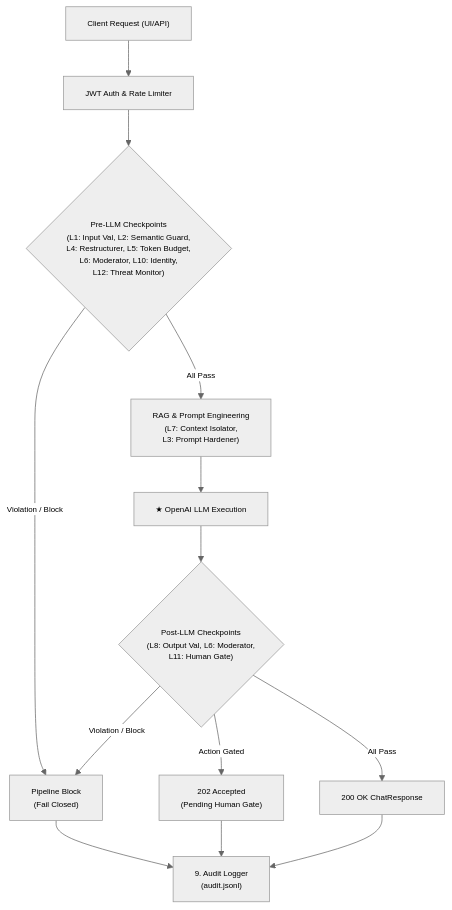
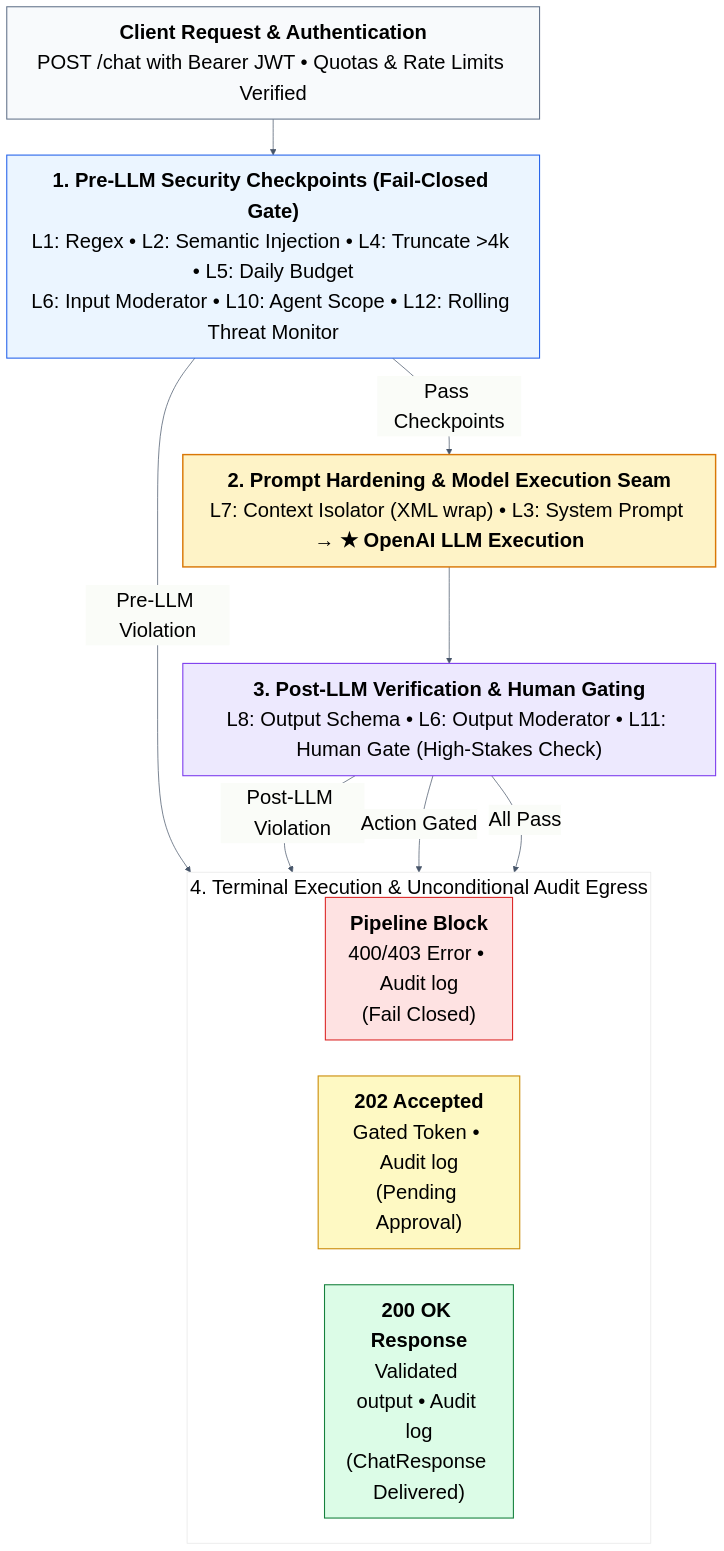
Before and after one commit to the-write-path-code/ch14-enterprise-ai-assistant: the first of 8 diagrams in workflow/workflow.md, drawn with Mermaid. The commit also changed other lines of this file, not shown here.

Commit message:
Update Figures 14.1, 14.2, and 14.3 to IEEE production mermaid standards

````diff
--- a/workflow/workflow.md
+++ b/workflow/workflow.md
@@ -16,20 +16,42 @@
 ```mermaid
-%%{init: {"theme": "neutral", "themeVariables": {"fontFamily": "Arial, Helvetica, sans-serif", "fontSize": "11px", "actorFontSize": "11px", "noteFontSize": "10px", "messageFontSize": "10px"}}}%%
-graph TD
-    Client["Client Request (UI/API)"] --> Auth["JWT Auth & Rate Limiter"]
-    
-    Auth --> PreLLM{"Pre-LLM Checkpoints<br/>(L1: Input Val, L2: Semantic Guard,<br/>L4: Restructurer, L5: Token Budget,<br/>L6: Moderator, L10: Identity,<br/>L12: Threat Monitor)"}
-    PreLLM -->|Violation / Block| Block["Pipeline Block<br/>(Fail Closed)"]
-    PreLLM -->|All Pass| RAG["RAG & Prompt Engineering<br/>(L7: Context Isolator,<br/>L3: Prompt Hardener)"]
-    
-    RAG --> LLM["★ OpenAI LLM Execution"]
-    
-    LLM --> PostLLM{"Post-LLM Checkpoints<br/>(L8: Output Val, L6: Moderator,<br/>L11: Human Gate)"}
-    PostLLM -->|Violation / Block| Block
-    PostLLM -->|Action Gated| Pending["202 Accepted<br/>(Pending Human Gate)"]
-    PostLLM -->|All Pass| Success["200 OK ChatResponse"]
-    
-    Block --> Audit["9. Audit Logger<br/>(audit.jsonl)"]
-    Pending --> Audit
-    Success --> Audit
+%%{init: {"theme": "base", "themeVariables": {"fontFamily": "Arial, Helvetica, sans-serif", "fontSize": "28px", "primaryColor": "#F8FAFC", "primaryBorderColor": "#0284C7", "primaryTextColor": "#000000", "lineColor": "#475569"}}}%%
+flowchart TD
+    Ingress["<div style='min-width: 680px;'><b>Client Request &amp; Authentication</b><br/>POST /chat with Bearer JWT &bull; Quotas &amp; Rate Limits Verified</div>"]
+
+    PreGate["<div style='min-width: 680px;'><b>1. Pre-LLM Security Checkpoints (Fail-Closed Gate)</b><br/>L1: Regex &bull; L2: Semantic Injection &bull; L4: Truncate &gt;4k &bull; L5: Daily Budget<br/>L6: Input Moderator &bull; L10: Agent Scope &bull; L12: Rolling Threat Monitor</div>"]
+    Ingress --> PreGate
+
+    Core["<div style='min-width: 680px;'><b>2. Prompt Hardening &amp; Model Execution Seam</b><br/>L7: Context Isolator (XML wrap) &bull; L3: System Prompt &rarr; <b>★ OpenAI LLM Execution</b></div>"]
+    PreGate -->|"Pass Checkpoints"| Core
+
+    PostGate["<div style='min-width: 680px;'><b>3. Post-LLM Verification &amp; Human Gating</b><br/>L8: Output Schema &bull; L6: Output Moderator &bull; L11: Human Gate (High-Stakes Check)</div>"]
+    Core --> PostGate
+
+    subgraph Outcomes ["4. Terminal Execution &amp; Unconditional Audit Egress"]
+        direction LR
+        Block["<div style='min-width: 200px;'><b>Pipeline Block</b><br/>400/403 Error &bull; Audit log<br/>(Fail Closed)</div>"]
+        Pending["<div style='min-width: 220px;'><b>202 Accepted</b><br/>Gated Token &bull; Audit log<br/>(Pending Approval)</div>"]
+        Success["<div style='min-width: 200px;'><b>200 OK Response</b><br/>Validated output &bull; Audit log<br/>(ChatResponse Delivered)</div>"]
+    end
+
+    PreGate -->|"Pre-LLM Violation"| Block
+    PostGate -->|"Post-LLM Violation"| Block
+    PostGate -->|"Action Gated"| Pending
+    PostGate -->|"All Pass"| Success
+
+    classDef ingress fill:#F8FAFC,stroke:#64748B,color:#000000,stroke-width:1.5px
+    classDef pre fill:#EBF5FF,stroke:#2563EB,color:#000000,stroke-width:1.5px
+    classDef core fill:#FEF3C7,stroke:#D97706,color:#000000,stroke-width:2px
+    classDef post fill:#EDE9FE,stroke:#7C3AED,color:#000000,stroke-width:1.5px
+    classDef block fill:#FEE2E2,stroke:#DC2626,color:#000000,stroke-width:1.5px
+    classDef pending fill:#FEF9C3,stroke:#CA8A04,color:#000000,stroke-width:1.5px
+    classDef success fill:#DCFCE7,stroke:#15803D,color:#000000,stroke-width:1.5px
+
+    class Ingress ingress
+    class PreGate pre
+    class Core core
+    class PostGate post
+    class Block block
+    class Pending pending
+    class Success success
 ```
````
